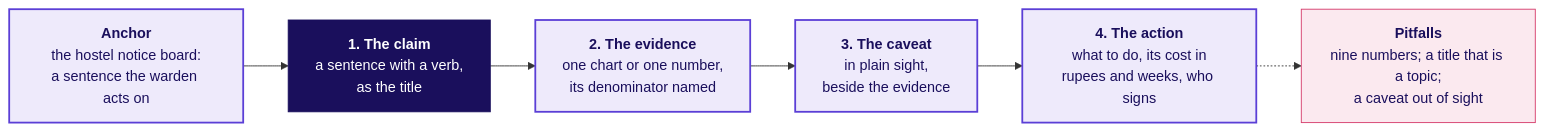
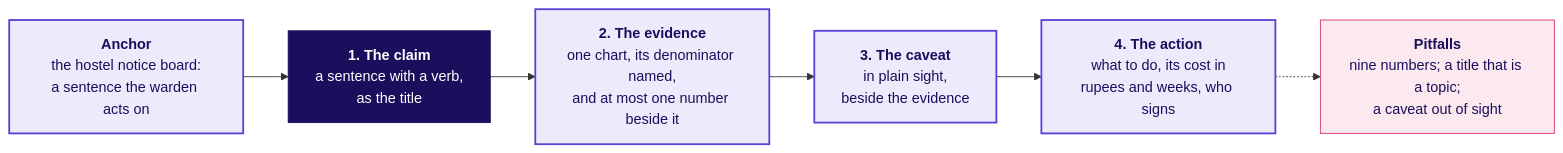
The second of 5 diagrams in content/W04/D2/slides/C2_W04_D02_half1_STUDENT.md (fde-academy-lab/c2-content-factory), drawn with Mermaid before and after one commit. The commit also changed other lines of this file and 18 other files, not shown here.

````diff
--- a/content/W04/D2/slides/C2_W04_D02_half1_STUDENT.md
+++ b/content/W04/D2/slides/C2_W04_D02_half1_STUDENT.md
@@ -162,17 +163,17 @@
 ```mermaid
 flowchart LR
     N["<b>Anchor</b><br/>the hostel notice board:<br/>a sentence the warden acts on"]
     C["<b>1. The claim</b><br/>a sentence with a verb,<br/>as the title"]
-    E["<b>2. The evidence</b><br/>one chart or one number,<br/>its denominator named"]
+    E["<b>2. The evidence</b><br/>one chart, its denominator named,<br/>and at most one number beside it"]
     V["<b>3. The caveat</b><br/>in plain sight,<br/>beside the evidence"]
     A["<b>4. The action</b><br/>what to do, its cost in<br/>rupees and weeks, who signs"]
     P["<b>Pitfalls</b><br/>nine numbers; a title that is a topic;<br/>a caveat out of sight"]
     N --> C --> E --> V --> A
     A -.-> P
     classDef known fill:#EEEAFB,stroke:#5B3FD6,color:#1A0F5C,stroke-width:2px
     classDef lit fill:#1A0F5C,stroke:#1A0F5C,color:#FFFFFF
     classDef bad fill:#FBE9EF,stroke:#D63A6A,color:#1A0F5C
     class N,E,V,A known
     class C lit
     class P bad
 ```
````
